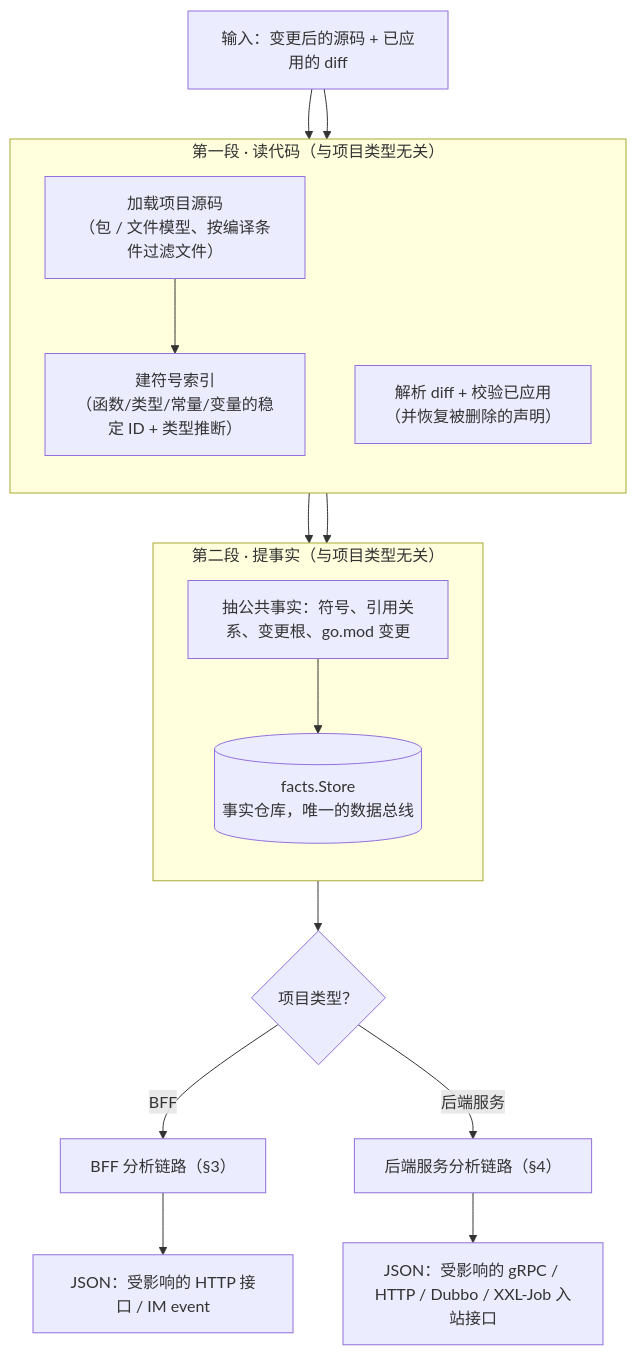
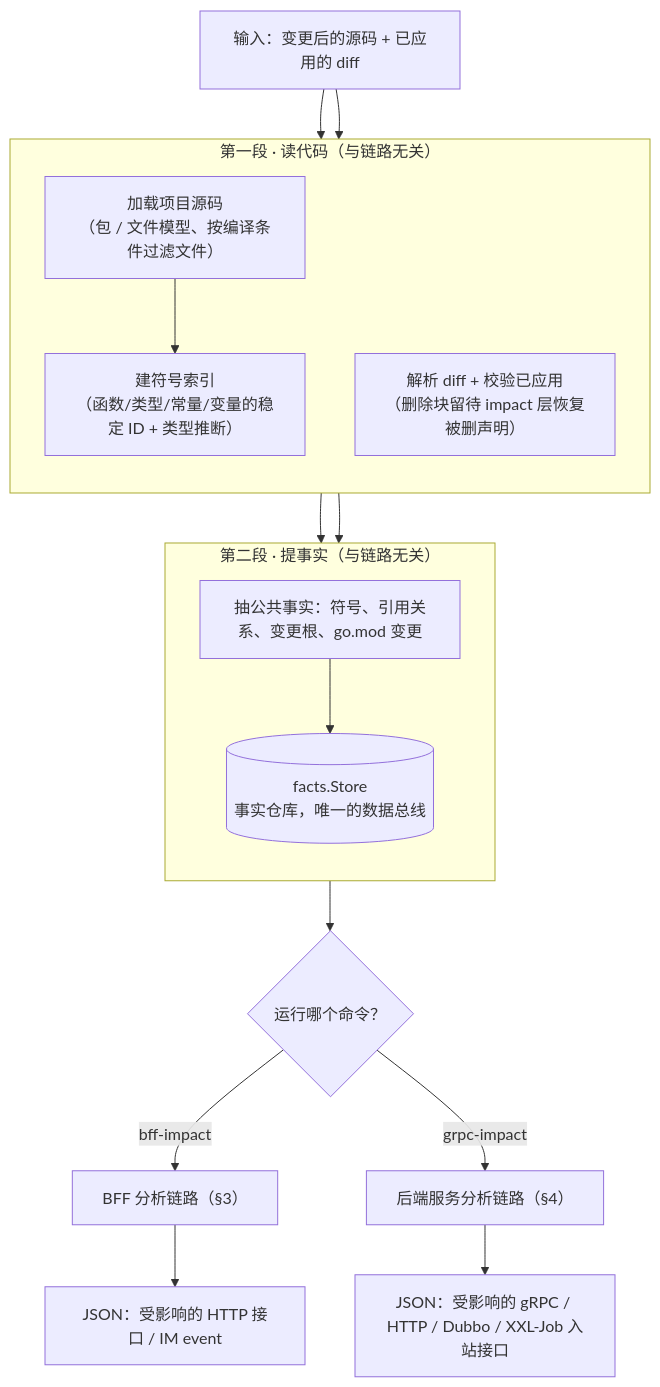
Before and after one commit to Flying-Bird1999/go-analyzer: the first of 5 diagrams in TECH-DESIGN-impact-analysis.md, drawn with Mermaid. The commit also changed other lines of this file and 59 other files, not shown here.

````diff
--- a/TECH-DESIGN-impact-analysis.md
+++ b/TECH-DESIGN-impact-analysis.md
@@ -51,28 +53,28 @@
 ```mermaid
 flowchart TB
     SRC["输入：变更后的源码 + 已应用的 diff"]
 
-    subgraph S1["第一段 · 读代码（与项目类型无关）"]
+    subgraph S1["第一段 · 读代码（与链路无关）"]
         direction TB
         LOAD["加载项目源码<br/>（包 / 文件模型、按编译条件过滤文件）"]
         IDX["建符号索引<br/>（函数/类型/常量/变量的稳定 ID + 类型推断）"]
-        DIFFV["解析 diff + 校验已应用<br/>（并恢复被删除的声明）"]
+        DIFFV["解析 diff + 校验已应用<br/>（删除块留待 impact 层恢复被删声明）"]
     end
 
-    subgraph S2["第二段 · 提事实（与项目类型无关）"]
+    subgraph S2["第二段 · 提事实（与链路无关）"]
         direction TB
         SYM["抽公共事实：符号、引用关系、变更根、go.mod 变更"]
         STORE[("facts.Store<br/>事实仓库，唯一的数据总线")]
         SYM --> STORE
     end
 
     SRC --> LOAD --> IDX --> SYM
     SRC --> DIFFV --> STORE
 
-    STORE --> FORK{"项目类型？"}
-    FORK -->|BFF| BFF["BFF 分析链路（§3）"]
-    FORK -->|后端服务| SVC["后端服务分析链路（§4）"]
+    STORE --> FORK{"运行哪个命令？"}
+    FORK -->|bff-impact| BFF["BFF 分析链路（§3）"]
+    FORK -->|grpc-impact| SVC["后端服务分析链路（§4）"]
 
     BFF --> OUT1["JSON：受影响的 HTTP 接口 / IM event"]
     SVC --> OUT2["JSON：受影响的 gRPC / HTTP / Dubbo / XXL-Job 入站接口"]
 ```
````
